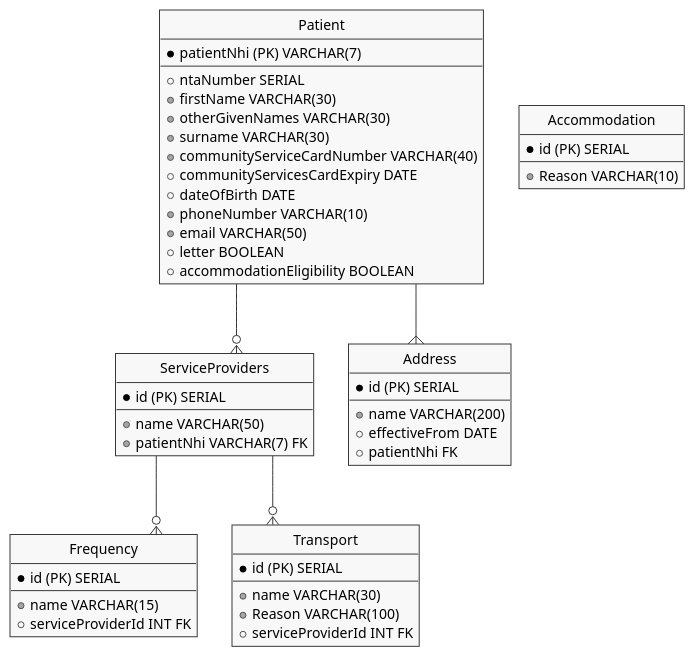
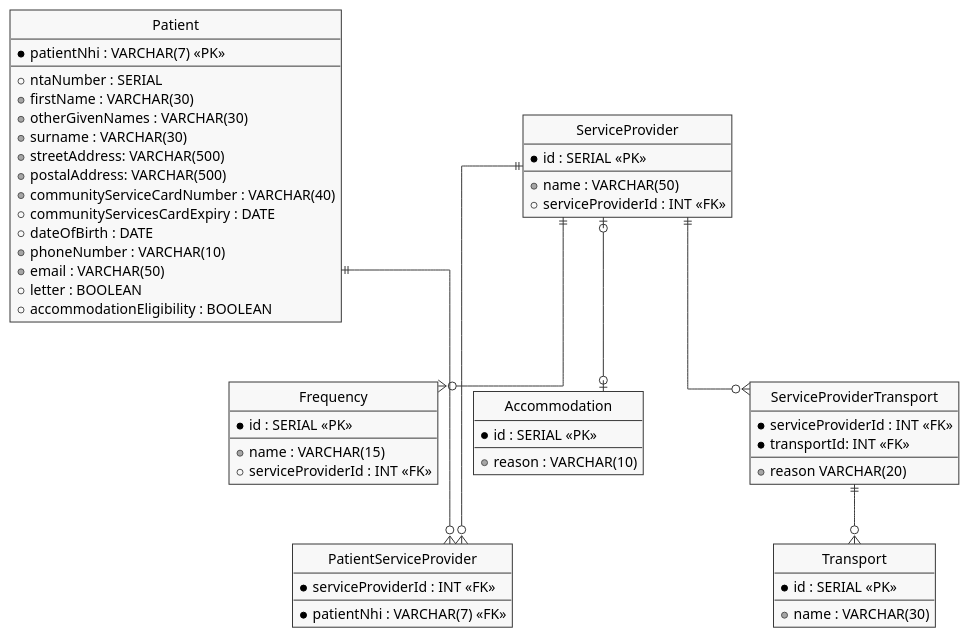
Before and after one commit to hamtana/TravelTracker: the diagram in Planning/ErdPatientTravelPortal.puml, drawn with PlantUML. The commit also changed 4 other files, not shown here.

Commit message:
added new diagrams

```diff
--- a/Planning/ErdPatientTravelPortal.puml
+++ b/Planning/ErdPatientTravelPortal.puml
@@ -1,66 +1,78 @@
 @startuml PatientTravelPortal
 
 skin rose
 skinparam Style StrictUML
 skinparam LineType ortho
 skinparam monochrome true
 
-'Tables
-Class Patient {
-    * patientNhi (PK) VARCHAR(7)
+' Tables
+class Patient {
+    * patientNhi : VARCHAR(7) <<PK>>
 --
-    + ntaNumber SERIAL
-    + firstName VARCHAR(30)
-    + otherGivenNames VARCHAR(30)
-    + surname VARCHAR(30)
-    + communityServiceCardNumber VARCHAR(40)
-    + communityServicesCardExpiry DATE
-    + dateOfBirth DATE
-    + phoneNumber VARCHAR(10)
-    + email VARCHAR(50)
-    + letter BOOLEAN
-    + accommodationEligibility BOOLEAN
+    + ntaNumber : SERIAL
+    + firstName : VARCHAR(30)
+    + otherGivenNames : VARCHAR(30)
+    + surname : VARCHAR(30)
+    + streetAddress: VARCHAR(500)
+    + postalAddress: VARCHAR(500)
+    + communityServiceCardNumber : VARCHAR(40)
+    + communityServicesCardExpiry : DATE
+    + dateOfBirth : DATE
+    + phoneNumber : VARCHAR(10)
+    + email : VARCHAR(50)
+    + letter : BOOLEAN
+    + accommodationEligibility : BOOLEAN
 }
 
-Class ServiceProviders {
-    * id (PK) SERIAL
+class ServiceProvider {
+    * id : SERIAL <<PK>>
 --
-    + name VARCHAR(50)
-    + patientNhi VARCHAR(7) FK
+    + name : VARCHAR(50)
+    + serviceProviderId : INT <<FK>>
 }
 
-Class Frequency {
-    * id (PK) SERIAL
+class Frequency {
+    * id : SERIAL <<PK>>
 --
-    + name VARCHAR(15)
-    + serviceProviderId INT FK
+    + name : VARCHAR(15)
+    + serviceProviderId : INT <<FK>>
 }
 
-Class Transport {
-    * id (PK) SERIAL
+class Transport {
+    * id : SERIAL <<PK>>
 --
-    + name VARCHAR(30)
-    + Reason VARCHAR(100)
-    + serviceProviderId INT FK
+    + name : VARCHAR(30)
 }
 
-Class Address { 
-    * id (PK) SERIAL
+
+class Accommodation {
+    * id : SERIAL <<PK>> 
 --
-    + name VARCHAR(200)
-    + effectiveFrom DATE
-    + patientNhi FK
+    + reason : VARCHAR(10)
 }
 
-Class Accommodation {
-    * id (PK) SERIAL 
---
-    + Reason VARCHAR(10)
+' Associative entity - Patient-ServiceProvider
+class PatientServiceProvider {
+    * patientNhi : VARCHAR(7) <<FK>>
+    * serviceProviderId : INT <<FK>>
 }
 
-Patient --o{ ServiceProviders
-ServiceProviders --o{Transport
-ServiceProviders --o{Frequency
-Patient --{Address
+' Associative Entity - ServiceProviderTransport
+
+class ServiceProviderTransport {
+    * serviceProviderId : INT <<FK>>
+    * transportId: INT <<FK>>
+--
+    + reason VARCHAR(20)
+}
+
+
+' Relationships
+Patient ||---o{ PatientServiceProvider
+ServiceProvider ||---o{ PatientServiceProvider
+ServiceProvider ||--o{ ServiceProviderTransport
+ServiceProviderTransport ||--o{ Transport
+ServiceProvider ||--o{ Frequency
+ServiceProvider |o--o| Accommodation
 
 @enduml
```
